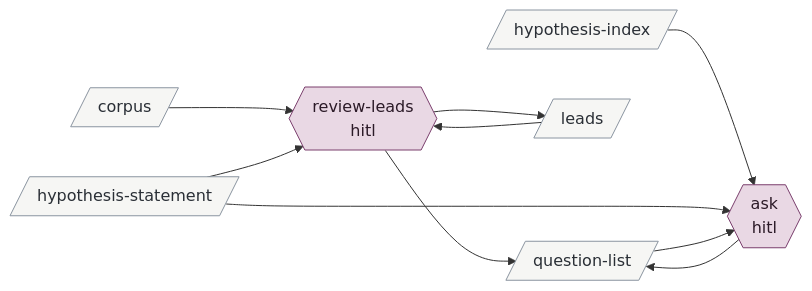
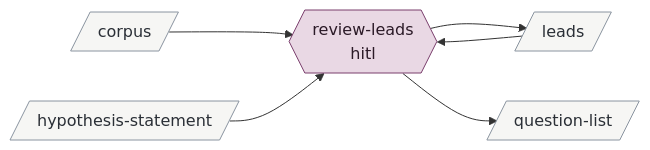
One commit to bc414/StoryPlanner changed the tenth of 16 diagrams in .claude/skills/v3-buildout-2/map.md. Above: the diagram before and after it, drawn with Mermaid. The commit also changed other lines of this file and 35 other files, not shown here.

````diff
--- a/.claude/skills/v3-buildout-2/map.md
+++ b/.claude/skills/v3-buildout-2/map.md
@@ -447,26 +450,20 @@
 ```mermaid
 flowchart LR
   classDef hitl fill:#e9d8e4,stroke:#7a3e6d,color:#2b1a27
   classDef session fill:#dce6f0,stroke:#3b5b7c,color:#14202c
   classDef agent fill:#f5e6c8,stroke:#b7791f,color:#3a2a08
   classDef artifact fill:#f6f6f4,stroke:#8a94a0,color:#2a2f36
   classDef activity fill:#dcebdd,stroke:#4b7f52,color:#122816
   classDef terminus fill:#e4e4ea,stroke:#5b5b7a,color:#1c1c2c
   reviewleads{{"review-leads<br/>hitl"}}:::hitl
-  ask{{"ask<br/>hitl"}}:::hitl
   corpus[/"corpus"/]:::artifact
-  hypothesisindex[/"hypothesis-index"/]:::artifact
   hypothesisstatement[/"hypothesis-statement"/]:::artifact
   leads[/"leads"/]:::artifact
   questionlist[/"question-list"/]:::artifact
 
   leads --> reviewleads
   corpus --> reviewleads
   hypothesisstatement --> reviewleads
   reviewleads --> leads
   reviewleads --> questionlist
-  hypothesisindex --> ask
-  hypothesisstatement --> ask
-  questionlist --> ask
-  ask --> questionlist
 ```
````
